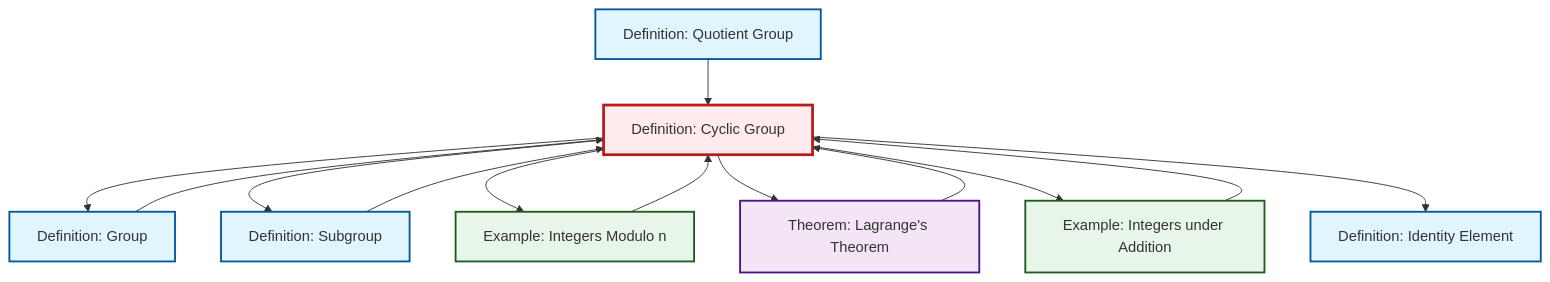
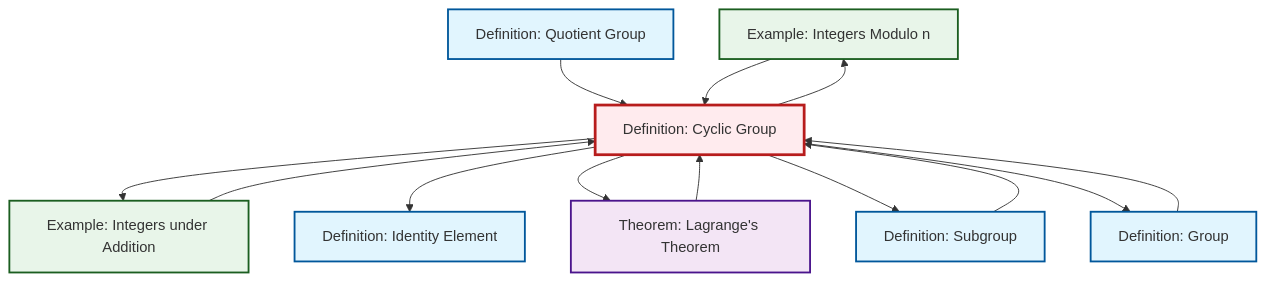
Before and after one commit to RK0429/ModernMath: the diagram in content/en/algebra/def-cyclic-group.qmd, drawn with Mermaid. The commit also changed other lines of this file and 434 other files, not shown here.

````diff
--- a/content/en/algebra/def-cyclic-group.qmd
+++ b/content/en/algebra/def-cyclic-group.qmd
@@ -87,37 +87,37 @@
 ```{mermaid}
 %%| fig-cap: "Local dependency graph"
 graph TD
     classDef definition fill:#e1f5fe,stroke:#01579b,stroke-width:2px
     classDef theorem fill:#f3e5f5,stroke:#4a148c,stroke-width:2px
     classDef axiom fill:#fff3e0,stroke:#e65100,stroke-width:2px
     classDef example fill:#e8f5e9,stroke:#1b5e20,stroke-width:2px
     classDef current fill:#ffebee,stroke:#b71c1c,stroke-width:3px
+    ex-quotient-integers-mod-n["Example: Integers Modulo n"]:::example
+    def-group["Definition: Group"]:::definition
+    def-quotient-group["Definition: Quotient Group"]:::definition
+    ex-integers-addition["Example: Integers under Addition"]:::example
     def-identity-element["Definition: Identity Element"]:::definition
+    thm-lagrange["Theorem: Lagrange's Theorem"]:::theorem
     def-cyclic-group["Definition: Cyclic Group"]:::definition
-    ex-quotient-integers-mod-n["Example: Integers Modulo n"]:::example
-    ex-integers-addition["Example: Integers under Addition"]:::example
-    def-quotient-group["Definition: Quotient Group"]:::definition
     def-subgroup["Definition: Subgroup"]:::definition
-    def-group["Definition: Group"]:::definition
-    thm-lagrange["Theorem: Lagrange's Theorem"]:::theorem
+    def-group --> def-cyclic-group
+    def-quotient-group --> def-cyclic-group
     thm-lagrange --> def-cyclic-group
-    def-quotient-group --> def-cyclic-group
-    def-cyclic-group --> def-group
-    def-cyclic-group --> def-subgroup
+    ex-quotient-integers-mod-n --> def-cyclic-group
+    def-subgroup --> def-cyclic-group
+    def-cyclic-group --> ex-integers-addition
+    def-cyclic-group --> def-identity-element
     def-cyclic-group --> ex-quotient-integers-mod-n
     def-cyclic-group --> thm-lagrange
-    ex-quotient-integers-mod-n --> def-cyclic-group
-    def-group --> def-cyclic-group
+    def-cyclic-group --> def-subgroup
     ex-integers-addition --> def-cyclic-group
-    def-cyclic-group --> ex-integers-addition
-    def-subgroup --> def-cyclic-group
-    def-cyclic-group --> def-identity-element
+    def-cyclic-group --> def-group
     class def-cyclic-group current
+    click ex-quotient-integers-mod-n "ex-quotient-integers-mod-n.html" "Go to Integers Modulo n example"
+    click def-group "def-group.html" "Go to Group definition"
+    click def-quotient-group "def-quotient-group.html" "Go to Quotient Group definition"
+    click ex-integers-addition "ex-integers-addition.html" "Go to Integers under Addition example"
     click def-identity-element "def-identity-element.html" "Go to Identity Element definition"
-    click ex-quotient-integers-mod-n "ex-quotient-integers-mod-n.html" "Go to Integers Modulo n example"
-    click ex-integers-addition "ex-integers-addition.html" "Go to Integers under Addition example"
-    click def-quotient-group "def-quotient-group.html" "Go to Quotient Group definition"
+    click thm-lagrange "thm-lagrange.html" "Go to Lagrange's Theorem theorem"
     click def-subgroup "def-subgroup.html" "Go to Subgroup definition"
-    click def-group "def-group.html" "Go to Group definition"
-    click thm-lagrange "thm-lagrange.html" "Go to Lagrange's Theorem theorem"
 ```
````
